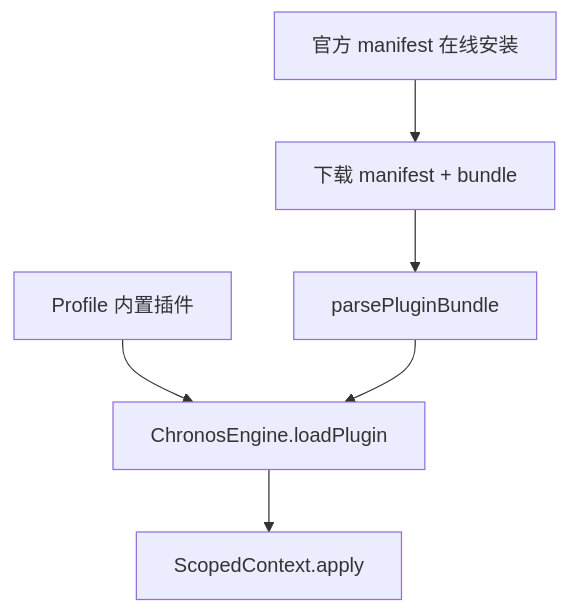
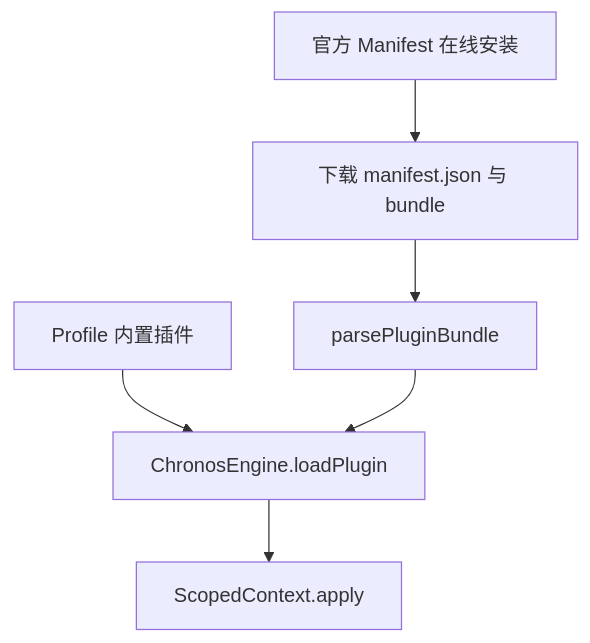
The diagram in .agents/docs/adr/0011-single-track-official-plugin-install.md (CQUT-OpenProject/Chronos), drawn with Mermaid before and after one commit. The commit also changed other lines of this file and 90 other files, not shown here.

````diff
--- a/.agents/docs/adr/0011-single-track-official-plugin-install.md
+++ b/.agents/docs/adr/0011-single-track-official-plugin-install.md
@@ -26,8 +26,8 @@
 ```mermaid
 flowchart TD
     ProfileTrack[Profile 内置插件] --> LoadPlugin[ChronosEngine.loadPlugin]
-    OnlineTrack[官方 manifest 在线安装] --> Fetch[下载 manifest + bundle]
+    OnlineTrack[官方 Manifest 在线安装] --> Fetch[下载 manifest.json 与 bundle]
     Fetch --> Parse[parsePluginBundle]
     Parse --> LoadPlugin
     LoadPlugin --> ScopedCtx[ScopedContext.apply]
 ```
````
